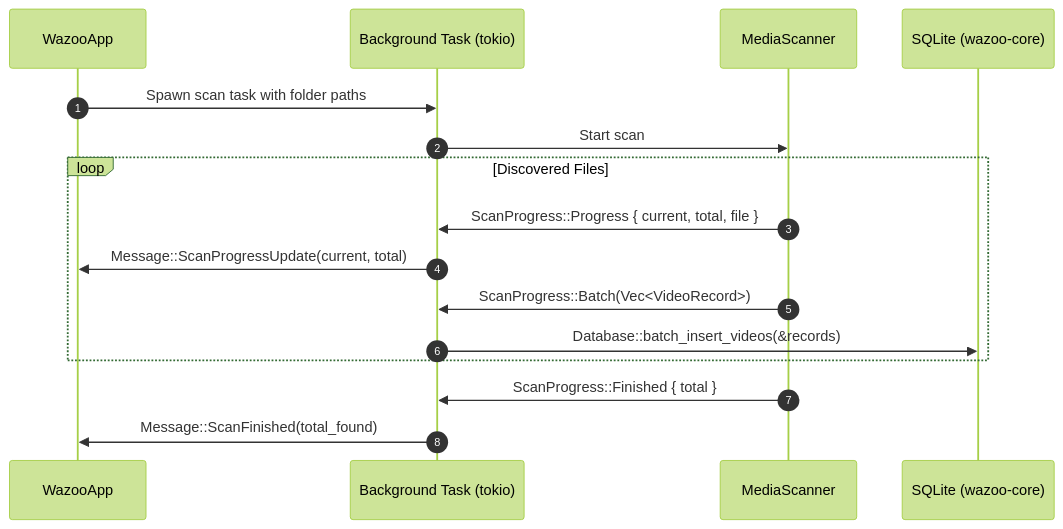
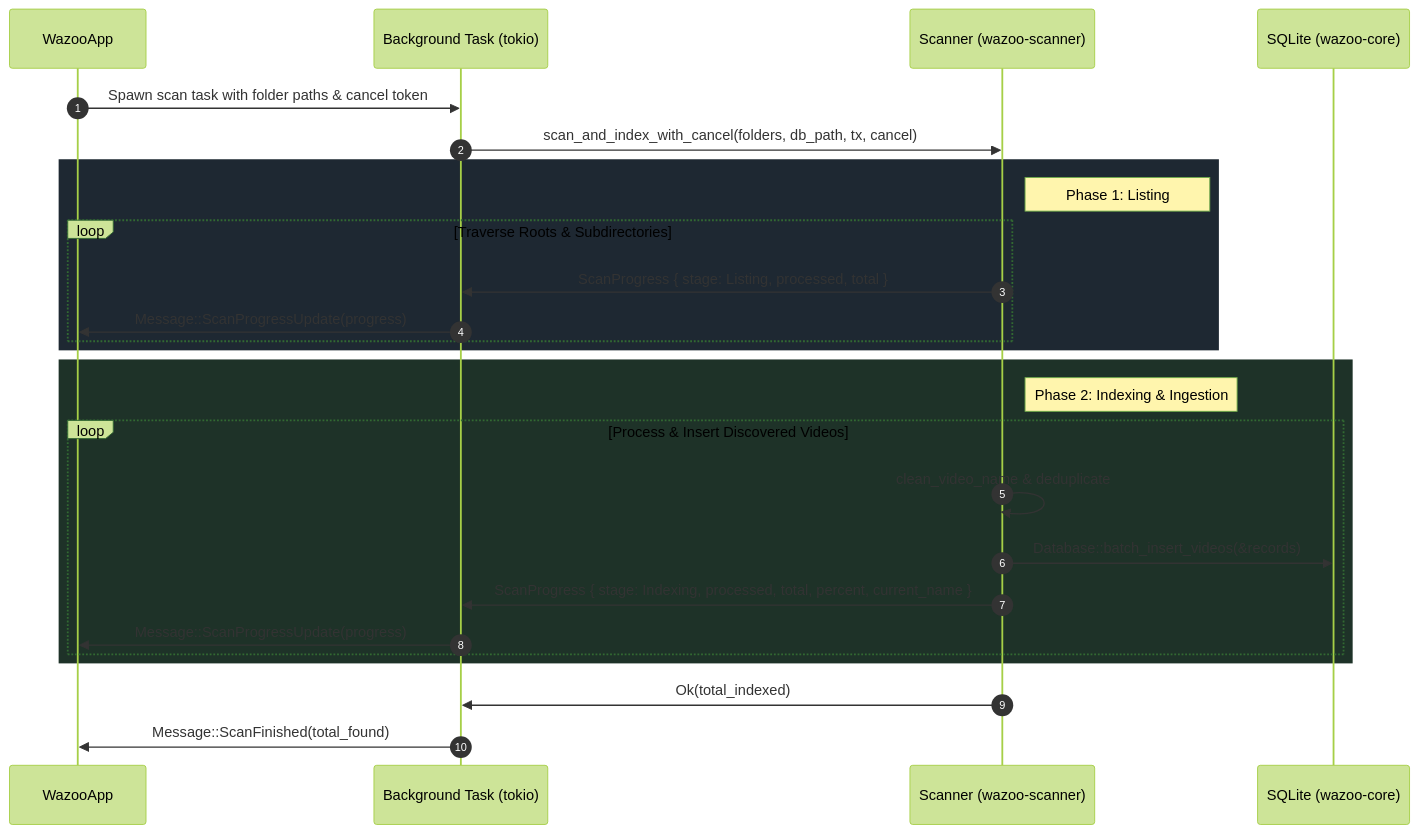
The second of 2 diagrams in docs/wazoo-scanner.md (alkali-softworks/wazoo), drawn with Mermaid (forest theme) before and after one commit. The commit also changed other lines of this file and 5 other files, not shown here.

````diff
--- a/docs/wazoo-scanner.md
+++ b/docs/wazoo-scanner.md
@@ -57,19 +60,32 @@
 ```mermaid
 sequenceDiagram
     autonumber
     participant App as WazooApp
     participant Task as Background Task (tokio)
-    participant Scanner as MediaScanner
+    participant Scanner as Scanner (wazoo-scanner)
     participant DB as SQLite (wazoo-core)
 
-    App->>Task: Spawn scan task with folder paths
-    Task->>Scanner: Start scan
-    loop Discovered Files
-        Scanner->>Task: ScanProgress::Progress { current, total, file }
-        Task->>App: Message::ScanProgressUpdate(current, total)
-        Scanner->>Task: ScanProgress::Batch(Vec<VideoRecord>)
-        Task->>DB: Database::batch_insert_videos(&records)
+    App->>Task: Spawn scan task with folder paths & cancel token
+    Task->>Scanner: scan_and_index_with_cancel(folders, db_path, tx, cancel)
+    
+    rect rgb(30, 40, 50)
+        note right of Scanner: Phase 1: Listing
+        loop Traverse Roots & Subdirectories
+            Scanner->>Task: ScanProgress { stage: Listing, processed, total }
+            Task->>App: Message::ScanProgressUpdate(progress)
+        end
     end
-    Scanner->>Task: ScanProgress::Finished { total }
+
+    rect rgb(30, 50, 40)
+        note right of Scanner: Phase 2: Indexing & Ingestion
+        loop Process & Insert Discovered Videos
+            Scanner->>Scanner: clean_video_name & deduplicate
+            Scanner->>DB: Database::batch_insert_videos(&records)
+            Scanner->>Task: ScanProgress { stage: Indexing, processed, total, percent, current_name }
+            Task->>App: Message::ScanProgressUpdate(progress)
+        end
+    end
+
+    Scanner->>Task: Ok(total_indexed)
     Task->>App: Message::ScanFinished(total_found)
 ```
````
